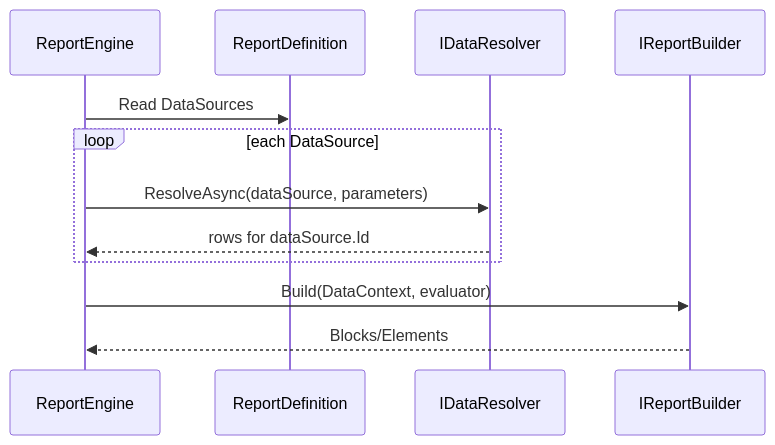
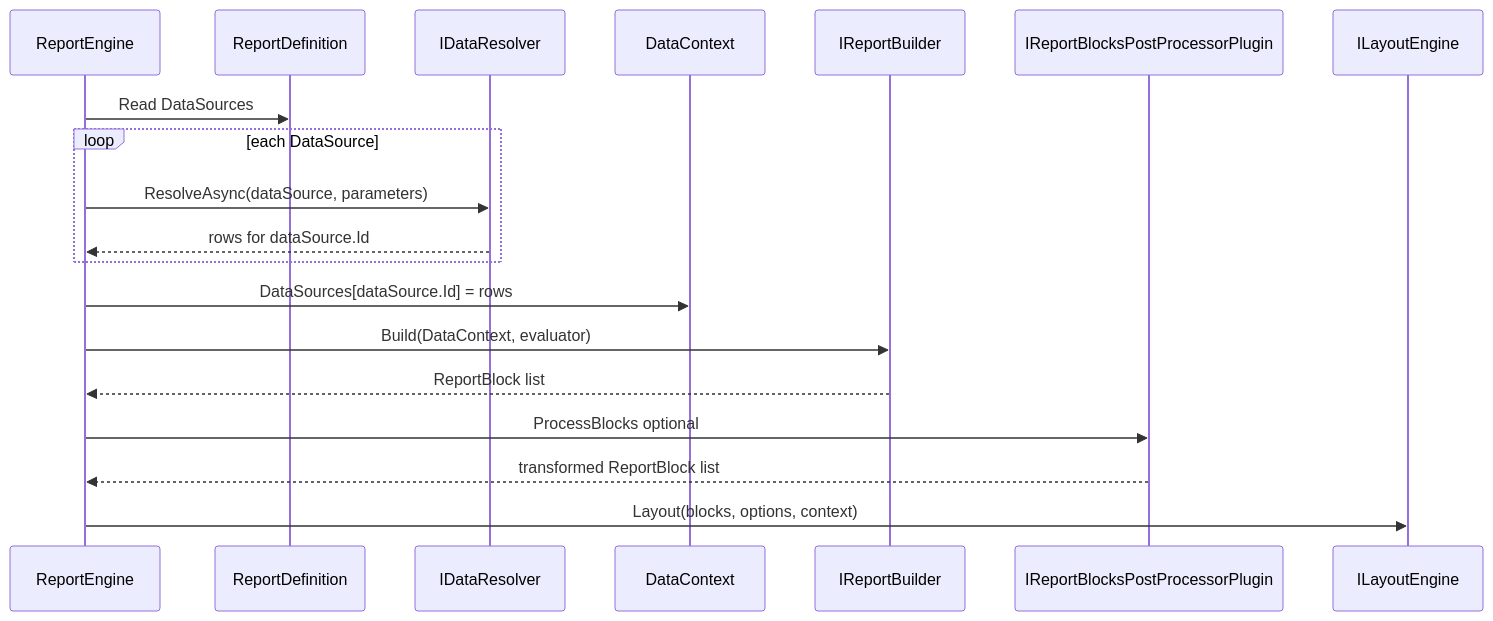
The second of 3 diagrams in docs/13-report-authoring-and-json-workflow.md (Netcodr81/kinetic-reports), drawn with Mermaid before and after one commit. The commit also changed other lines of this file and 37 other files, not shown here.

First line of the commit message:
Refactor report layout elements to use Block terminology

````diff
--- a/docs/13-report-authoring-and-json-workflow.md
+++ b/docs/13-report-authoring-and-json-workflow.md
@@ -108,15 +116,22 @@
 ```mermaid
 sequenceDiagram
-    participant Engine as ReportEngine
-    participant Def as ReportDefinition
-    participant Resolver as IDataResolver
-    participant Builder as IReportBuilder
+   participant Engine as ReportEngine
+   participant Def as ReportDefinition
+   participant Resolver as IDataResolver
+   participant Ctx as DataContext
+   participant Builder as IReportBuilder
+   participant Plugin as IReportBlocksPostProcessorPlugin
+   participant Layout as ILayoutEngine
 
-    Engine->>Def: Read DataSources
-    loop each DataSource
+   Engine->>Def: Read DataSources
+   loop each DataSource
       Engine->>Resolver: ResolveAsync(dataSource, parameters)
       Resolver-->>Engine: rows for dataSource.Id
-    end
-    Engine->>Builder: Build(DataContext, evaluator)
-    Builder-->>Engine: Blocks/Elements
+   end
+   Engine->>Ctx: DataSources[dataSource.Id] = rows
+   Engine->>Builder: Build(DataContext, evaluator)
+   Builder-->>Engine: ReportBlock list
+   Engine->>Plugin: ProcessBlocks optional
+   Plugin-->>Engine: transformed ReportBlock list
+   Engine->>Layout: Layout(blocks, options, context)
 ```
````
